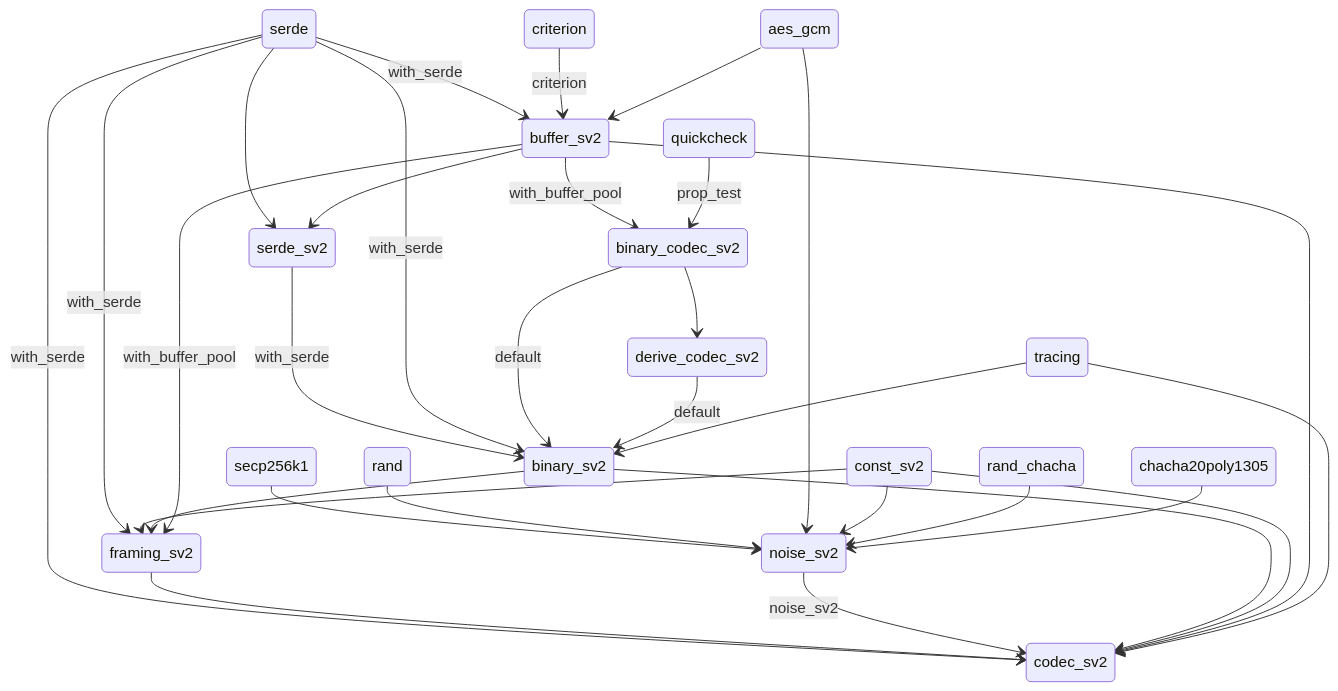
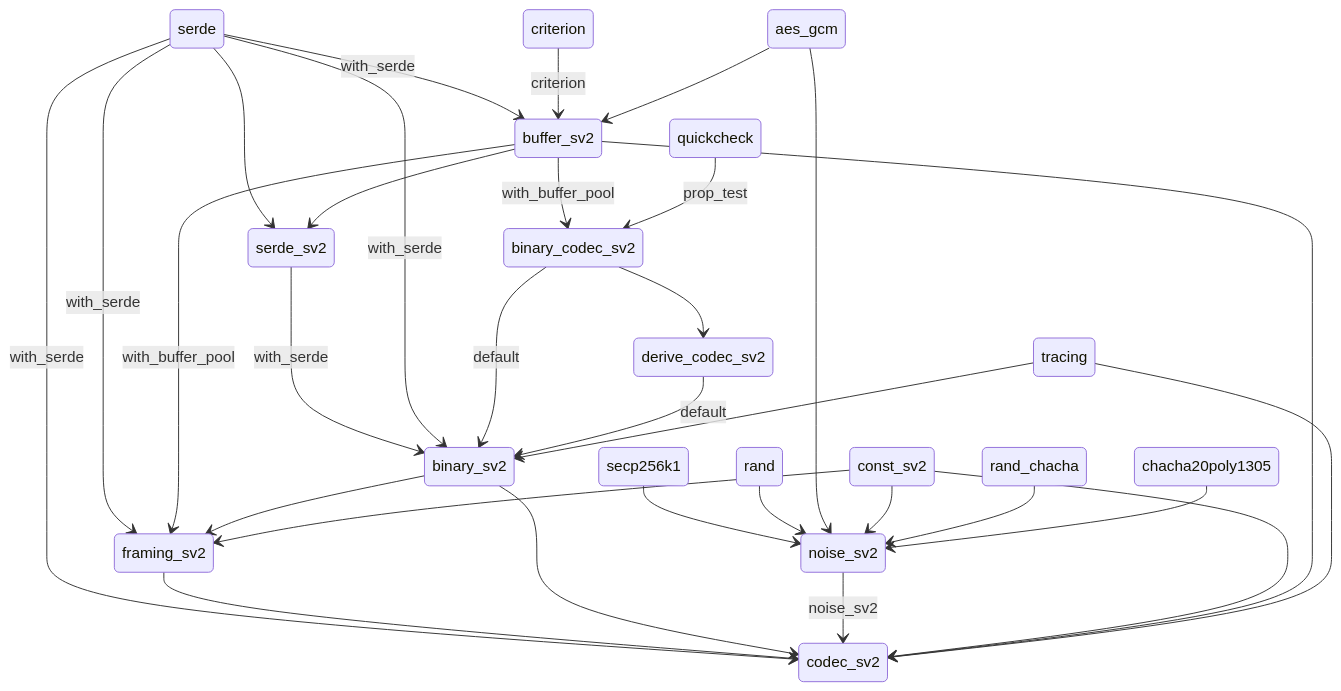
One commit to adejr419/StratumV2 changed the diagram in protocols/DEPENDANCIES.md. Above: the diagram before and after it, drawn with Mermaid. The commit also changed other lines of this file, not shown here.

````diff
--- a/protocols/DEPENDANCIES.md
+++ b/protocols/DEPENDANCIES.md
@@ -1,40 +1,40 @@
 ```mermaid
 stateDiagram-v2
     secp256k1 --> noise_sv2
     rand --> noise_sv2
     aes_gcm --> noise_sv2
     const_sv2 --> noise_sv2
     rand_chacha --> noise_sv2
     chacha20poly1305 --> noise_sv2
 
     serde --> buffer_sv2: with_serde
     criterion --> buffer_sv2: criterion
     aes_gcm --> buffer_sv2
 
     buffer_sv2 --> binary_codec_sv2: with_buffer_pool
     quickcheck --> binary_codec_sv2: prop_test
 
     binary_codec_sv2 --> derive_codec_sv2
 
     serde --> serde_sv2
     buffer_sv2 --> serde_sv2
 
     serde_sv2 --> binary_sv2: with_serde
     serde --> binary_sv2: with_serde
     binary_codec_sv2 --> binary_sv2: default
     derive_codec_sv2 --> binary_sv2: default
     tracing --> binary_sv2
 
     serde --> framing_sv2: with_serde
+    buffer_sv2 --> framing_sv2: with_buffer_pool
+    binary_sv2 --> framing_sv2
     const_sv2 --> framing_sv2
-    binary_sv2 --> framing_sv2
-    buffer_sv2 --> framing_sv2: with_buffer_pool
 
     serde --> codec_sv2: with_serde
     framing_sv2 --> codec_sv2
+    binary_sv2 --> codec_sv2
     noise_sv2 --> codec_sv2: noise_sv2
-    binary_sv2 --> codec_sv2
     const_sv2 --> codec_sv2
     buffer_sv2 --> codec_sv2
     tracing --> codec_sv2
 ```
````
